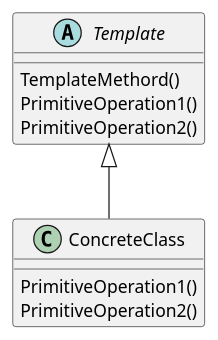
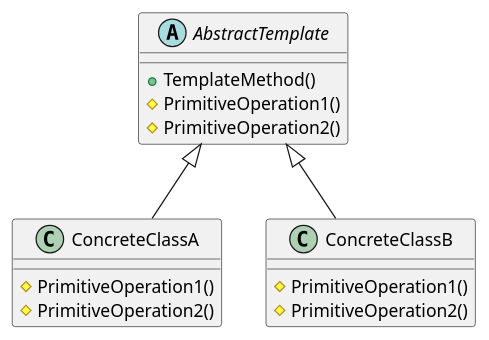
The diagram in 学习中心/01-技术栈/系统设计/设计模式/模板方法模式.md (ningzhaoxing/study_note), drawn with PlantUML before and after one commit. The commit also changed other lines of this file and 182 other files, not shown here.

````diff
--- a/学习中心/01-技术栈/系统设计/设计模式/模板方法模式.md
+++ b/学习中心/01-技术栈/系统设计/设计模式/模板方法模式.md
@@ -4,14 +23,20 @@
 ```plantuml
-abstract Template {
-TemplateMethord()
-PrimitiveOperation1()
-PrimitiveOperation2()
+abstract AbstractTemplate {
+    + TemplateMethod()
+    # PrimitiveOperation1()
+    # PrimitiveOperation2()
 }
 
-class ConcreteClass {
-PrimitiveOperation1()
-PrimitiveOperation2()
+class ConcreteClassA {
+    # PrimitiveOperation1()
+    # PrimitiveOperation2()
 }
 
-ConcreteClass --u|> Template
+class ConcreteClassB {
+    # PrimitiveOperation1()
+    # PrimitiveOperation2()
+}
+
+ConcreteClassA --u|> AbstractTemplate
+ConcreteClassB --u|> AbstractTemplate
 ```
````
